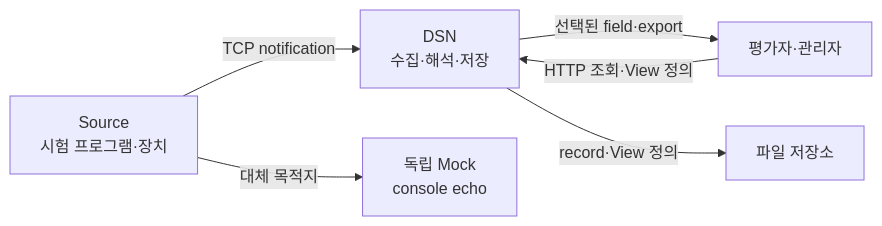
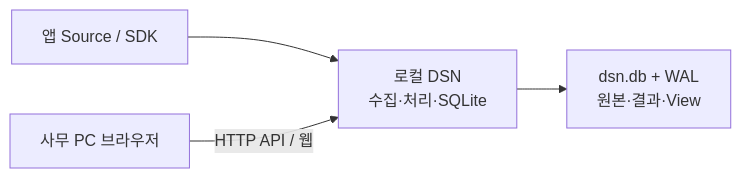
The diagram in docs/02-system-overview.md (south-hive/project-dsn), drawn with Mermaid before and after one commit. The commit also changed other lines of this file and 69 other files, not shown here.

Commit message:
Release local DSN pipelines, SQLite persistence, app SDKs and Presenter

````diff
--- a/docs/02-system-overview.md
+++ b/docs/02-system-overview.md
@@ -7,8 +5,6 @@
 ```mermaid
 flowchart LR
-    S["Source<br/>시험 프로그램·장치"] -->|"TCP notification"| D["DSN<br/>수집·해석·저장"]
-    S -->|"대체 목적지"| M["독립 Mock<br/>console echo"]
-    U["평가자·관리자"] -->|"HTTP 조회·View 정의"| D
-    D -->|"선택된 field·export"| U
-    D -->|"record·View 정의"| F["파일 저장소"]
+    S["앱 Source / SDK"] --> D["로컬 DSN<br/>수집·처리·SQLite"]
+    B["사무 PC 브라우저"] -->|"HTTP API / 웹"| D
+    D --> F["dsn.db + WAL<br/>원본·결과·View"]
 ```
````
